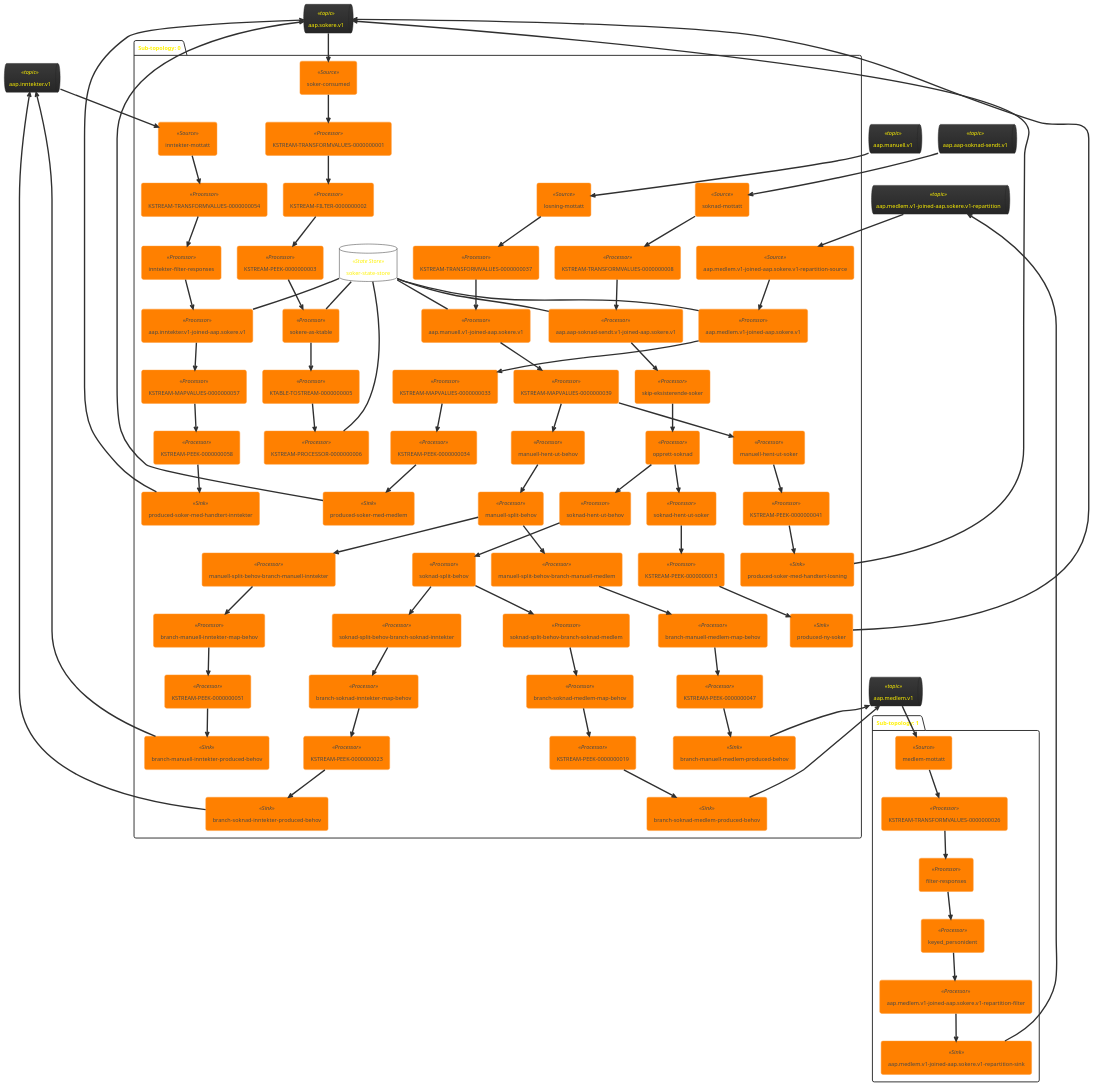
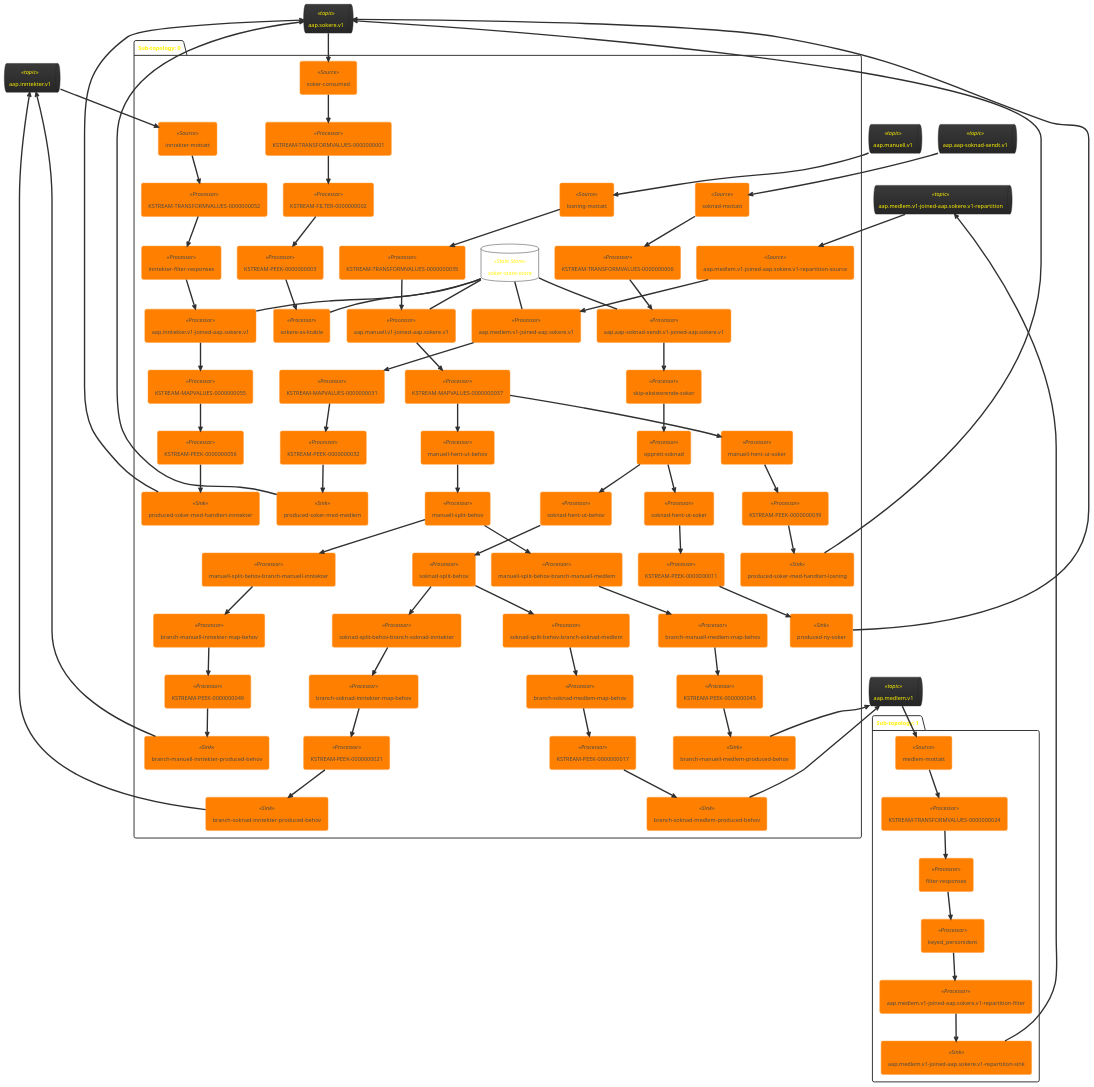
One commit to navikt/aap-vedtak changed the diagram in doc/topology.puml. Above: the diagram before and after it, drawn with PlantUML. The commit also changed 1 other file, not shown here.

Commit message:
stop cleanup state store scheduler

```diff
--- a/doc/topology.puml
+++ b/doc/topology.puml
@@ -9,51 +9,48 @@
 package "Sub-topology: 0" {
 	database "soker-state-store" <<State Store>> as soker_state_store
 	agent "soknad-mottatt" <<Source>> as soknad_mottatt
-	agent "KSTREAM-TRANSFORMVALUES-0000000008" <<Processor>> as KSTREAM_TRANSFORMVALUES_0000000008
+	agent "KSTREAM-TRANSFORMVALUES-0000000006" <<Processor>> as KSTREAM_TRANSFORMVALUES_0000000006
 	agent "losning-mottatt" <<Source>> as losning_mottatt
-	agent "KSTREAM-TRANSFORMVALUES-0000000037" <<Processor>> as KSTREAM_TRANSFORMVALUES_0000000037
+	agent "KSTREAM-TRANSFORMVALUES-0000000035" <<Processor>> as KSTREAM_TRANSFORMVALUES_0000000035
 	agent "aap.aap-soknad-sendt.v1-joined-aap.sokere.v1" <<Processor>> as aap_aap_soknad_sendt_v1_joined_aap_sokere_v1
 	agent "aap.manuell.v1-joined-aap.sokere.v1" <<Processor>> as aap_manuell_v1_joined_aap_sokere_v1
 	agent "skip-eksisterende-soker" <<Processor>> as skip_eksisterende_soker
-	agent "KSTREAM-MAPVALUES-0000000039" <<Processor>> as KSTREAM_MAPVALUES_0000000039
+	agent "KSTREAM-MAPVALUES-0000000037" <<Processor>> as KSTREAM_MAPVALUES_0000000037
 	agent "opprett-soknad" <<Processor>> as opprett_soknad
 	agent "manuell-hent-ut-behov" <<Processor>> as manuell_hent_ut_behov
 	agent "soknad-hent-ut-behov" <<Processor>> as soknad_hent_ut_behov
 	agent "manuell-split-behov" <<Processor>> as manuell_split_behov
 	agent "soknad-split-behov" <<Processor>> as soknad_split_behov
 	agent "inntekter-mottatt" <<Source>> as inntekter_mottatt
+	agent "KSTREAM-TRANSFORMVALUES-0000000052" <<Processor>> as KSTREAM_TRANSFORMVALUES_0000000052
+	agent "aap.medlem.v1-joined-aap.sokere.v1-repartition-source" <<Source>> as aap_medlem_v1_joined_aap_sokere_v1_repartition_source
+	agent "inntekter-filter-responses" <<Processor>> as inntekter_filter_responses
 	agent "soker-consumed" <<Source>> as soker_consumed
 	agent "KSTREAM-TRANSFORMVALUES-0000000001" <<Processor>> as KSTREAM_TRANSFORMVALUES_0000000001
-	agent "KSTREAM-TRANSFORMVALUES-0000000054" <<Processor>> as KSTREAM_TRANSFORMVALUES_0000000054
-	agent "KSTREAM-FILTER-0000000002" <<Processor>> as KSTREAM_FILTER_0000000002
-	agent "aap.medlem.v1-joined-aap.sokere.v1-repartition-source" <<Source>> as aap_medlem_v1_joined_aap_sokere_v1_repartition_source
-	agent "inntekter-filter-responses" <<Processor>> as inntekter_filter_responses
-	agent "KSTREAM-PEEK-0000000003" <<Processor>> as KSTREAM_PEEK_0000000003
 	agent "aap.inntekter.v1-joined-aap.sokere.v1" <<Processor>> as aap_inntekter_v1_joined_aap_sokere_v1
 	agent "aap.medlem.v1-joined-aap.sokere.v1" <<Processor>> as aap_medlem_v1_joined_aap_sokere_v1
 	agent "manuell-split-behov-branch-manuell-inntekter" <<Processor>> as manuell_split_behov_branch_manuell_inntekter
 	agent "manuell-split-behov-branch-manuell-medlem" <<Processor>> as manuell_split_behov_branch_manuell_medlem
 	agent "soknad-split-behov-branch-soknad-inntekter" <<Processor>> as soknad_split_behov_branch_soknad_inntekter
 	agent "soknad-split-behov-branch-soknad-medlem" <<Processor>> as soknad_split_behov_branch_soknad_medlem
-	agent "KSTREAM-MAPVALUES-0000000033" <<Processor>> as KSTREAM_MAPVALUES_0000000033
-	agent "KSTREAM-MAPVALUES-0000000057" <<Processor>> as KSTREAM_MAPVALUES_0000000057
+	agent "KSTREAM-FILTER-0000000002" <<Processor>> as KSTREAM_FILTER_0000000002
+	agent "KSTREAM-MAPVALUES-0000000031" <<Processor>> as KSTREAM_MAPVALUES_0000000031
+	agent "KSTREAM-MAPVALUES-0000000055" <<Processor>> as KSTREAM_MAPVALUES_0000000055
 	agent "branch-manuell-inntekter-map-behov" <<Processor>> as branch_manuell_inntekter_map_behov
 	agent "branch-manuell-medlem-map-behov" <<Processor>> as branch_manuell_medlem_map_behov
 	agent "branch-soknad-inntekter-map-behov" <<Processor>> as branch_soknad_inntekter_map_behov
 	agent "branch-soknad-medlem-map-behov" <<Processor>> as branch_soknad_medlem_map_behov
 	agent "manuell-hent-ut-soker" <<Processor>> as manuell_hent_ut_soker
-	agent "sokere-as-ktable" <<Processor>> as sokere_as_ktable
 	agent "soknad-hent-ut-soker" <<Processor>> as soknad_hent_ut_soker
-	agent "KSTREAM-PEEK-0000000013" <<Processor>> as KSTREAM_PEEK_0000000013
-	agent "KSTREAM-PEEK-0000000019" <<Processor>> as KSTREAM_PEEK_0000000019
-	agent "KSTREAM-PEEK-0000000023" <<Processor>> as KSTREAM_PEEK_0000000023
-	agent "KSTREAM-PEEK-0000000034" <<Processor>> as KSTREAM_PEEK_0000000034
-	agent "KSTREAM-PEEK-0000000041" <<Processor>> as KSTREAM_PEEK_0000000041
-	agent "KSTREAM-PEEK-0000000047" <<Processor>> as KSTREAM_PEEK_0000000047
-	agent "KSTREAM-PEEK-0000000051" <<Processor>> as KSTREAM_PEEK_0000000051
-	agent "KSTREAM-PEEK-0000000058" <<Processor>> as KSTREAM_PEEK_0000000058
-	agent "KTABLE-TOSTREAM-0000000005" <<Processor>> as KTABLE_TOSTREAM_0000000005
-	agent "KSTREAM-PROCESSOR-0000000006" <<Processor>> as KSTREAM_PROCESSOR_0000000006
+	agent "KSTREAM-PEEK-0000000003" <<Processor>> as KSTREAM_PEEK_0000000003
+	agent "KSTREAM-PEEK-0000000011" <<Processor>> as KSTREAM_PEEK_0000000011
+	agent "KSTREAM-PEEK-0000000017" <<Processor>> as KSTREAM_PEEK_0000000017
+	agent "KSTREAM-PEEK-0000000021" <<Processor>> as KSTREAM_PEEK_0000000021
+	agent "KSTREAM-PEEK-0000000032" <<Processor>> as KSTREAM_PEEK_0000000032
+	agent "KSTREAM-PEEK-0000000039" <<Processor>> as KSTREAM_PEEK_0000000039
+	agent "KSTREAM-PEEK-0000000045" <<Processor>> as KSTREAM_PEEK_0000000045
+	agent "KSTREAM-PEEK-0000000049" <<Processor>> as KSTREAM_PEEK_0000000049
+	agent "KSTREAM-PEEK-0000000056" <<Processor>> as KSTREAM_PEEK_0000000056
 	agent "branch-manuell-inntekter-produced-behov" <<Sink>> as branch_manuell_inntekter_produced_behov
 	agent "branch-manuell-medlem-produced-behov" <<Sink>> as branch_manuell_medlem_produced_behov
 	agent "branch-soknad-inntekter-produced-behov" <<Sink>> as branch_soknad_inntekter_produced_behov
@@ -62,17 +59,16 @@
 	agent "produced-soker-med-handtert-inntekter" <<Sink>> as produced_soker_med_handtert_inntekter
 	agent "produced-soker-med-handtert-losning" <<Sink>> as produced_soker_med_handtert_losning
 	agent "produced-soker-med-medlem" <<Sink>> as produced_soker_med_medlem
+	agent "sokere-as-ktable" <<Processor>> as sokere_as_ktable
 	aap_aap_soknad_sendt_v1 --> soknad_mottatt
 	aap_manuell_v1 --> losning_mottatt
 	soker_state_store -- aap_aap_soknad_sendt_v1_joined_aap_sokere_v1
 	soker_state_store -- aap_manuell_v1_joined_aap_sokere_v1
 	aap_inntekter_v1 --> inntekter_mottatt
+	aap_medlem_v1_joined_aap_sokere_v1_repartition --> aap_medlem_v1_joined_aap_sokere_v1_repartition_source
 	aap_sokere_v1 --> soker_consumed
-	aap_medlem_v1_joined_aap_sokere_v1_repartition --> aap_medlem_v1_joined_aap_sokere_v1_repartition_source
 	soker_state_store -- aap_inntekter_v1_joined_aap_sokere_v1
 	soker_state_store -- aap_medlem_v1_joined_aap_sokere_v1
-	soker_state_store -- sokere_as_ktable
-	soker_state_store -- KSTREAM_PROCESSOR_0000000006
 	aap_inntekter_v1 <-- branch_manuell_inntekter_produced_behov
 	aap_medlem_v1 <-- branch_manuell_medlem_produced_behov
 	aap_inntekter_v1 <-- branch_soknad_inntekter_produced_behov
@@ -81,15 +77,16 @@
 	aap_sokere_v1 <-- produced_soker_med_handtert_inntekter
 	aap_sokere_v1 <-- produced_soker_med_handtert_losning
 	aap_sokere_v1 <-- produced_soker_med_medlem
-	soknad_mottatt --> KSTREAM_TRANSFORMVALUES_0000000008
-	KSTREAM_TRANSFORMVALUES_0000000008 --> aap_aap_soknad_sendt_v1_joined_aap_sokere_v1
-	losning_mottatt --> KSTREAM_TRANSFORMVALUES_0000000037
-	KSTREAM_TRANSFORMVALUES_0000000037 --> aap_manuell_v1_joined_aap_sokere_v1
+	soker_state_store -- sokere_as_ktable
+	soknad_mottatt --> KSTREAM_TRANSFORMVALUES_0000000006
+	KSTREAM_TRANSFORMVALUES_0000000006 --> aap_aap_soknad_sendt_v1_joined_aap_sokere_v1
+	losning_mottatt --> KSTREAM_TRANSFORMVALUES_0000000035
+	KSTREAM_TRANSFORMVALUES_0000000035 --> aap_manuell_v1_joined_aap_sokere_v1
 	aap_aap_soknad_sendt_v1_joined_aap_sokere_v1 --> skip_eksisterende_soker
-	aap_manuell_v1_joined_aap_sokere_v1 --> KSTREAM_MAPVALUES_0000000039
+	aap_manuell_v1_joined_aap_sokere_v1 --> KSTREAM_MAPVALUES_0000000037
 	skip_eksisterende_soker --> opprett_soknad
-	KSTREAM_MAPVALUES_0000000039 --> manuell_hent_ut_behov
-	KSTREAM_MAPVALUES_0000000039 --> manuell_hent_ut_soker
+	KSTREAM_MAPVALUES_0000000037 --> manuell_hent_ut_behov
+	KSTREAM_MAPVALUES_0000000037 --> manuell_hent_ut_soker
 	opprett_soknad --> soknad_hent_ut_behov
 	opprett_soknad --> soknad_hent_ut_soker
 	manuell_hent_ut_behov --> manuell_split_behov
@@ -98,50 +95,48 @@
 	manuell_split_behov --> manuell_split_behov_branch_manuell_medlem
 	soknad_split_behov --> soknad_split_behov_branch_soknad_medlem
 	soknad_split_behov --> soknad_split_behov_branch_soknad_inntekter
-	inntekter_mottatt --> KSTREAM_TRANSFORMVALUES_0000000054
+	inntekter_mottatt --> KSTREAM_TRANSFORMVALUES_0000000052
+	KSTREAM_TRANSFORMVALUES_0000000052 --> inntekter_filter_responses
+	aap_medlem_v1_joined_aap_sokere_v1_repartition_source --> aap_medlem_v1_joined_aap_sokere_v1
+	inntekter_filter_responses --> aap_inntekter_v1_joined_aap_sokere_v1
 	soker_consumed --> KSTREAM_TRANSFORMVALUES_0000000001
 	KSTREAM_TRANSFORMVALUES_0000000001 --> KSTREAM_FILTER_0000000002
-	KSTREAM_TRANSFORMVALUES_0000000054 --> inntekter_filter_responses
-	KSTREAM_FILTER_0000000002 --> KSTREAM_PEEK_0000000003
-	aap_medlem_v1_joined_aap_sokere_v1_repartition_source --> aap_medlem_v1_joined_aap_sokere_v1
-	inntekter_filter_responses --> aap_inntekter_v1_joined_aap_sokere_v1
-	KSTREAM_PEEK_0000000003 --> sokere_as_ktable
-	aap_inntekter_v1_joined_aap_sokere_v1 --> KSTREAM_MAPVALUES_0000000057
-	aap_medlem_v1_joined_aap_sokere_v1 --> KSTREAM_MAPVALUES_0000000033
+	aap_inntekter_v1_joined_aap_sokere_v1 --> KSTREAM_MAPVALUES_0000000055
+	aap_medlem_v1_joined_aap_sokere_v1 --> KSTREAM_MAPVALUES_0000000031
 	manuell_split_behov_branch_manuell_inntekter --> branch_manuell_inntekter_map_behov
 	manuell_split_behov_branch_manuell_medlem --> branch_manuell_medlem_map_behov
 	soknad_split_behov_branch_soknad_inntekter --> branch_soknad_inntekter_map_behov
 	soknad_split_behov_branch_soknad_medlem --> branch_soknad_medlem_map_behov
-	KSTREAM_MAPVALUES_0000000033 --> KSTREAM_PEEK_0000000034
-	KSTREAM_MAPVALUES_0000000057 --> KSTREAM_PEEK_0000000058
-	branch_manuell_inntekter_map_behov --> KSTREAM_PEEK_0000000051
-	branch_manuell_medlem_map_behov --> KSTREAM_PEEK_0000000047
-	branch_soknad_inntekter_map_behov --> KSTREAM_PEEK_0000000023
-	branch_soknad_medlem_map_behov --> KSTREAM_PEEK_0000000019
-	manuell_hent_ut_soker --> KSTREAM_PEEK_0000000041
-	sokere_as_ktable --> KTABLE_TOSTREAM_0000000005
-	soknad_hent_ut_soker --> KSTREAM_PEEK_0000000013
-	KSTREAM_PEEK_0000000013 --> produced_ny_soker
-	KSTREAM_PEEK_0000000019 --> branch_soknad_medlem_produced_behov
-	KSTREAM_PEEK_0000000023 --> branch_soknad_inntekter_produced_behov
-	KSTREAM_PEEK_0000000034 --> produced_soker_med_medlem
-	KSTREAM_PEEK_0000000041 --> produced_soker_med_handtert_losning
-	KSTREAM_PEEK_0000000047 --> branch_manuell_medlem_produced_behov
-	KSTREAM_PEEK_0000000051 --> branch_manuell_inntekter_produced_behov
-	KSTREAM_PEEK_0000000058 --> produced_soker_med_handtert_inntekter
-	KTABLE_TOSTREAM_0000000005 --> KSTREAM_PROCESSOR_0000000006
+	KSTREAM_FILTER_0000000002 --> KSTREAM_PEEK_0000000003
+	KSTREAM_MAPVALUES_0000000031 --> KSTREAM_PEEK_0000000032
+	KSTREAM_MAPVALUES_0000000055 --> KSTREAM_PEEK_0000000056
+	branch_manuell_inntekter_map_behov --> KSTREAM_PEEK_0000000049
+	branch_manuell_medlem_map_behov --> KSTREAM_PEEK_0000000045
+	branch_soknad_inntekter_map_behov --> KSTREAM_PEEK_0000000021
+	branch_soknad_medlem_map_behov --> KSTREAM_PEEK_0000000017
+	manuell_hent_ut_soker --> KSTREAM_PEEK_0000000039
+	soknad_hent_ut_soker --> KSTREAM_PEEK_0000000011
+	KSTREAM_PEEK_0000000003 --> sokere_as_ktable
+	KSTREAM_PEEK_0000000011 --> produced_ny_soker
+	KSTREAM_PEEK_0000000017 --> branch_soknad_medlem_produced_behov
+	KSTREAM_PEEK_0000000021 --> branch_soknad_inntekter_produced_behov
+	KSTREAM_PEEK_0000000032 --> produced_soker_med_medlem
+	KSTREAM_PEEK_0000000039 --> produced_soker_med_handtert_losning
+	KSTREAM_PEEK_0000000045 --> branch_manuell_medlem_produced_behov
+	KSTREAM_PEEK_0000000049 --> branch_manuell_inntekter_produced_behov
+	KSTREAM_PEEK_0000000056 --> produced_soker_med_handtert_inntekter
 }
 package "Sub-topology: 1" {
 	agent "medlem-mottatt" <<Source>> as medlem_mottatt
-	agent "KSTREAM-TRANSFORMVALUES-0000000026" <<Processor>> as KSTREAM_TRANSFORMVALUES_0000000026
+	agent "KSTREAM-TRANSFORMVALUES-0000000024" <<Processor>> as KSTREAM_TRANSFORMVALUES_0000000024
 	agent "filter-responses" <<Processor>> as filter_responses
 	agent "keyed_personident" <<Processor>> as keyed_personident
 	agent "aap.medlem.v1-joined-aap.sokere.v1-repartition-filter" <<Processor>> as aap_medlem_v1_joined_aap_sokere_v1_repartition_filter
 	agent "aap.medlem.v1-joined-aap.sokere.v1-repartition-sink" <<Sink>> as aap_medlem_v1_joined_aap_sokere_v1_repartition_sink
 	aap_medlem_v1 --> medlem_mottatt
 	aap_medlem_v1_joined_aap_sokere_v1_repartition <-- aap_medlem_v1_joined_aap_sokere_v1_repartition_sink
-	medlem_mottatt --> KSTREAM_TRANSFORMVALUES_0000000026
-	KSTREAM_TRANSFORMVALUES_0000000026 --> filter_responses
+	medlem_mottatt --> KSTREAM_TRANSFORMVALUES_0000000024
+	KSTREAM_TRANSFORMVALUES_0000000024 --> filter_responses
 	filter_responses --> keyed_personident
 	keyed_personident --> aap_medlem_v1_joined_aap_sokere_v1_repartition_filter
 	aap_medlem_v1_joined_aap_sokere_v1_repartition_filter --> aap_medlem_v1_joined_aap_sokere_v1_repartition_sink
```
